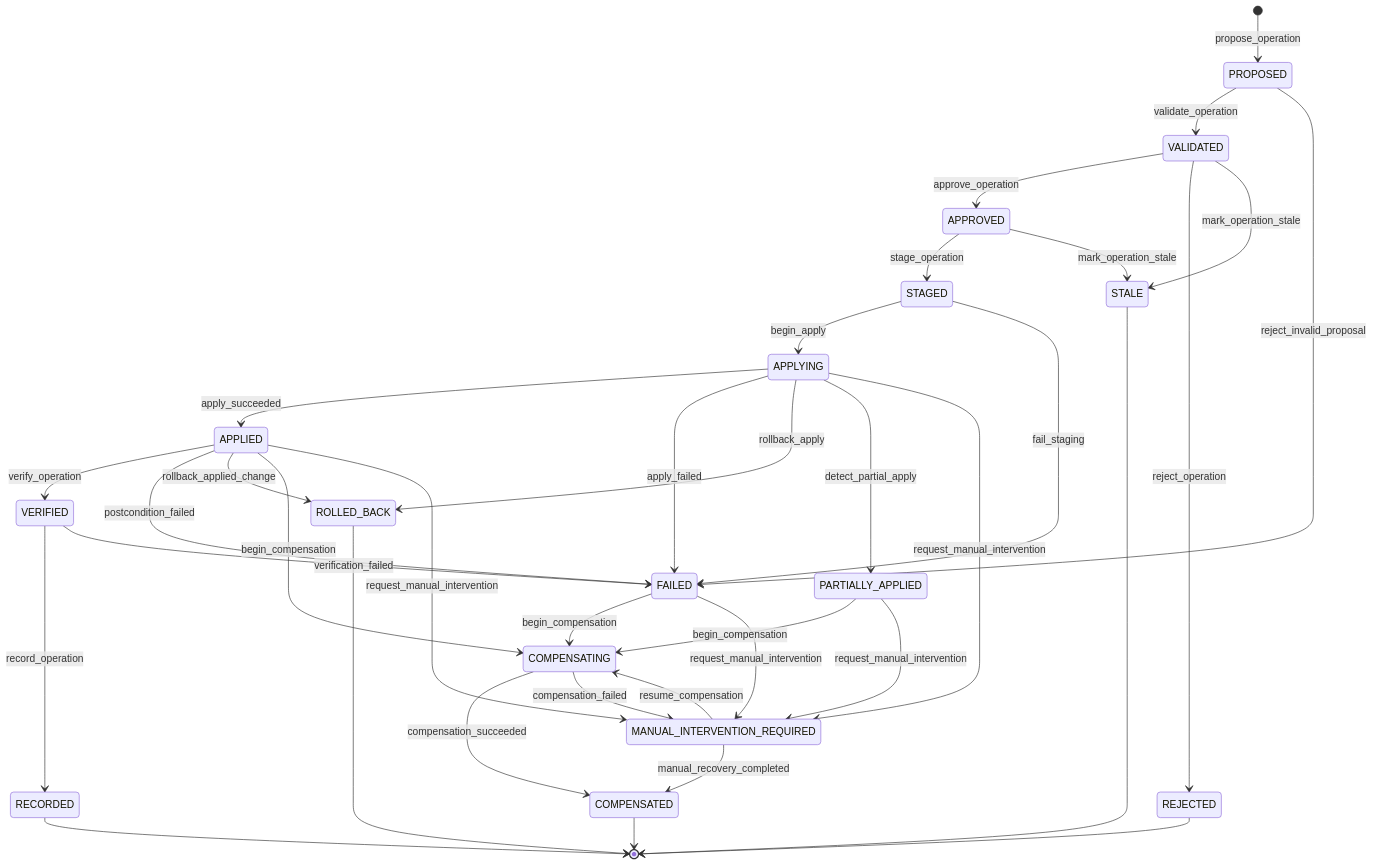
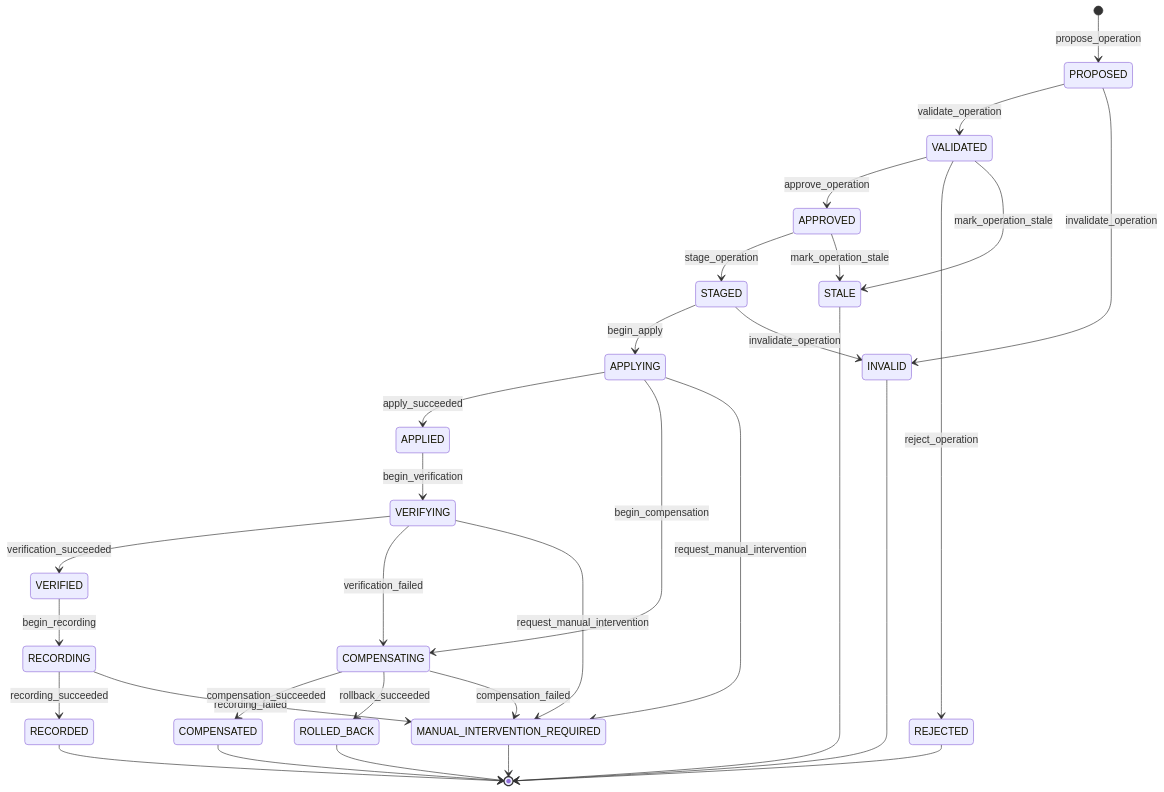
Before and after one commit to cmartinezs/claude-planning-with-ai: the diagram in docs/plugin-redesign-release-flow/08-corte-1-1-contratos-runtime.md, drawn with Mermaid. The commit also changed other lines of this file and 41 other files, not shown here.

````diff
--- a/docs/plugin-redesign-release-flow/08-corte-1-1-contratos-runtime.md
+++ b/docs/plugin-redesign-release-flow/08-corte-1-1-contratos-runtime.md
@@ -212,48 +219,43 @@
 ```mermaid
 stateDiagram-v2
     [*] --> PROPOSED : propose_operation
 
     PROPOSED --> VALIDATED : validate_operation
-    PROPOSED --> FAILED : reject_invalid_proposal
+    PROPOSED --> INVALID : invalidate_operation
 
     VALIDATED --> APPROVED : approve_operation
     VALIDATED --> REJECTED : reject_operation
     VALIDATED --> STALE : mark_operation_stale
 
     APPROVED --> STAGED : stage_operation
     APPROVED --> STALE : mark_operation_stale
 
     STAGED --> APPLYING : begin_apply
-    STAGED --> FAILED : fail_staging
+    STAGED --> INVALID : invalidate_operation
 
     APPLYING --> APPLIED : apply_succeeded
-    APPLYING --> FAILED : apply_failed
-    APPLYING --> ROLLED_BACK : rollback_apply
-    APPLYING --> PARTIALLY_APPLIED : detect_partial_apply
+    APPLYING --> COMPENSATING : begin_compensation
     APPLYING --> MANUAL_INTERVENTION_REQUIRED : request_manual_intervention
-    PARTIALLY_APPLIED --> COMPENSATING : begin_compensation
-    PARTIALLY_APPLIED --> MANUAL_INTERVENTION_REQUIRED : request_manual_intervention
 
-    APPLIED --> VERIFIED : verify_operation
-    APPLIED --> FAILED : postcondition_failed
-    APPLIED --> ROLLED_BACK : rollback_applied_change
-    APPLIED --> COMPENSATING : begin_compensation
-    APPLIED --> MANUAL_INTERVENTION_REQUIRED : request_manual_intervention
+    APPLIED --> VERIFYING : begin_verification
 
-    VERIFIED --> RECORDED : record_operation
-    VERIFIED --> FAILED : verification_failed
+    VERIFYING --> VERIFIED : verification_succeeded
+    VERIFYING --> COMPENSATING : verification_failed
+    VERIFYING --> MANUAL_INTERVENTION_REQUIRED : request_manual_intervention
 
-    FAILED --> COMPENSATING : begin_compensation
-    FAILED --> MANUAL_INTERVENTION_REQUIRED : request_manual_intervention
+    VERIFIED --> RECORDING : begin_recording
+    RECORDING --> RECORDED : recording_succeeded
+    RECORDING --> MANUAL_INTERVENTION_REQUIRED : recording_failed
 
     COMPENSATING --> COMPENSATED : compensation_succeeded
+    COMPENSATING --> ROLLED_BACK : rollback_succeeded
     COMPENSATING --> MANUAL_INTERVENTION_REQUIRED : compensation_failed
-    MANUAL_INTERVENTION_REQUIRED --> COMPENSATING : resume_compensation
-    MANUAL_INTERVENTION_REQUIRED --> COMPENSATED : manual_recovery_completed
 
-    RECORDED --> [*]
+    INVALID --> [*]
     REJECTED --> [*]
     STALE --> [*]
+    RECORDED --> [*]
     ROLLED_BACK --> [*]
     COMPENSATED --> [*]
+    MANUAL_INTERVENTION_REQUIRED --> [*]
 ```
````
